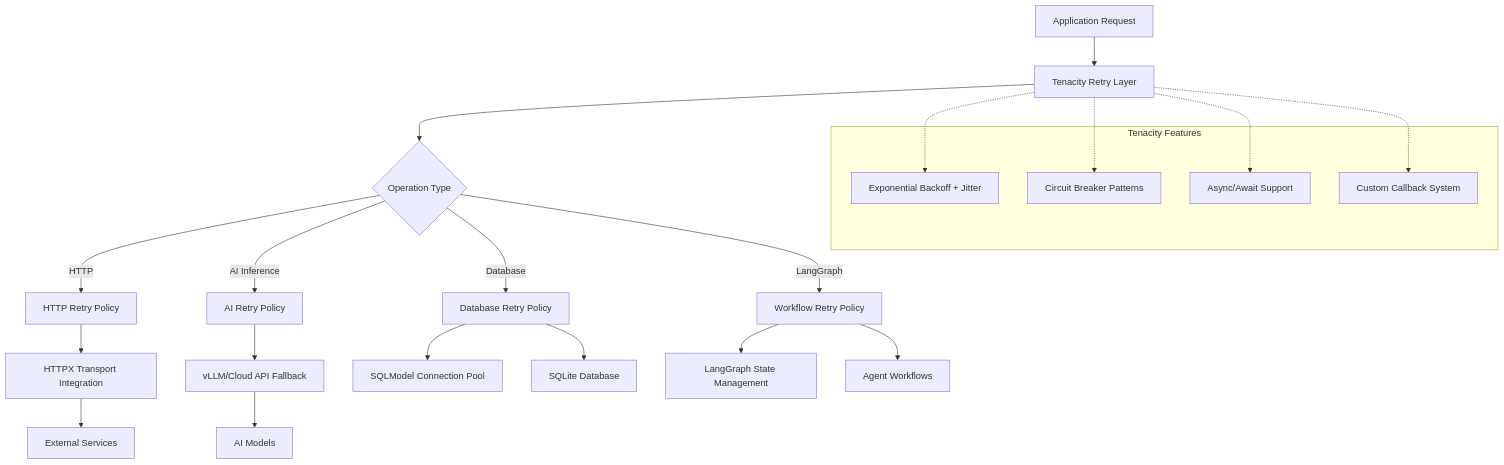
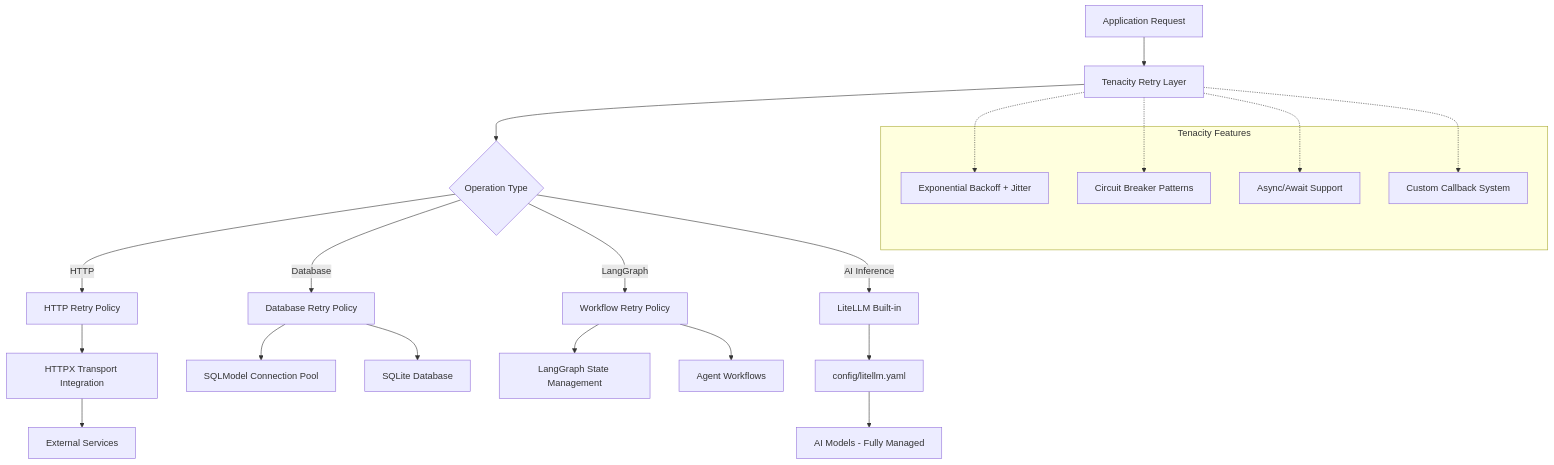
One commit to BjornMelin/ai-job-scraper changed the first of 2 diagrams in docs/adrs/ADR-031-tenacity-retry-strategy.md. Above: the diagram before and after it, drawn with Mermaid. The commit also changed other lines of this file and 18 other files, not shown here.

First line of the commit message:
feat: implement Phase 1 library-first AI architecture with LiteLLM and Instructor

````diff
--- a/docs/adrs/ADR-031-tenacity-retry-strategy.md
+++ b/docs/adrs/ADR-031-tenacity-retry-strategy.md
@@ -53,32 +53,32 @@
 ```mermaid
 graph TB
     A[Application Request] --> B[Tenacity Retry Layer]
     B --> C{Operation Type}
     
     C -->|HTTP| D[HTTP Retry Policy]
-    C -->|AI Inference| E[AI Retry Policy] 
     C -->|Database| F[Database Retry Policy]
     C -->|LangGraph| G[Workflow Retry Policy]
+    C -->|AI Inference| E[LiteLLM Built-in]
     
     D --> H[HTTPX Transport Integration]
-    E --> I[vLLM/Cloud API Fallback]
     F --> J[SQLModel Connection Pool]
     G --> K[LangGraph State Management]
+    E --> I[config/litellm.yaml]
     
     H --> L[External Services]
-    I --> M[AI Models]
     F --> N[SQLite Database]
     G --> O[Agent Workflows]
+    I --> M[AI Models - Fully Managed]
     
     subgraph "Tenacity Features"
         P[Exponential Backoff + Jitter]
         Q[Circuit Breaker Patterns]
         R[Async/Await Support]
         S[Custom Callback System]
     end
     
     B -.-> P
     B -.-> Q
     B -.-> R
     B -.-> S
 ```
````
